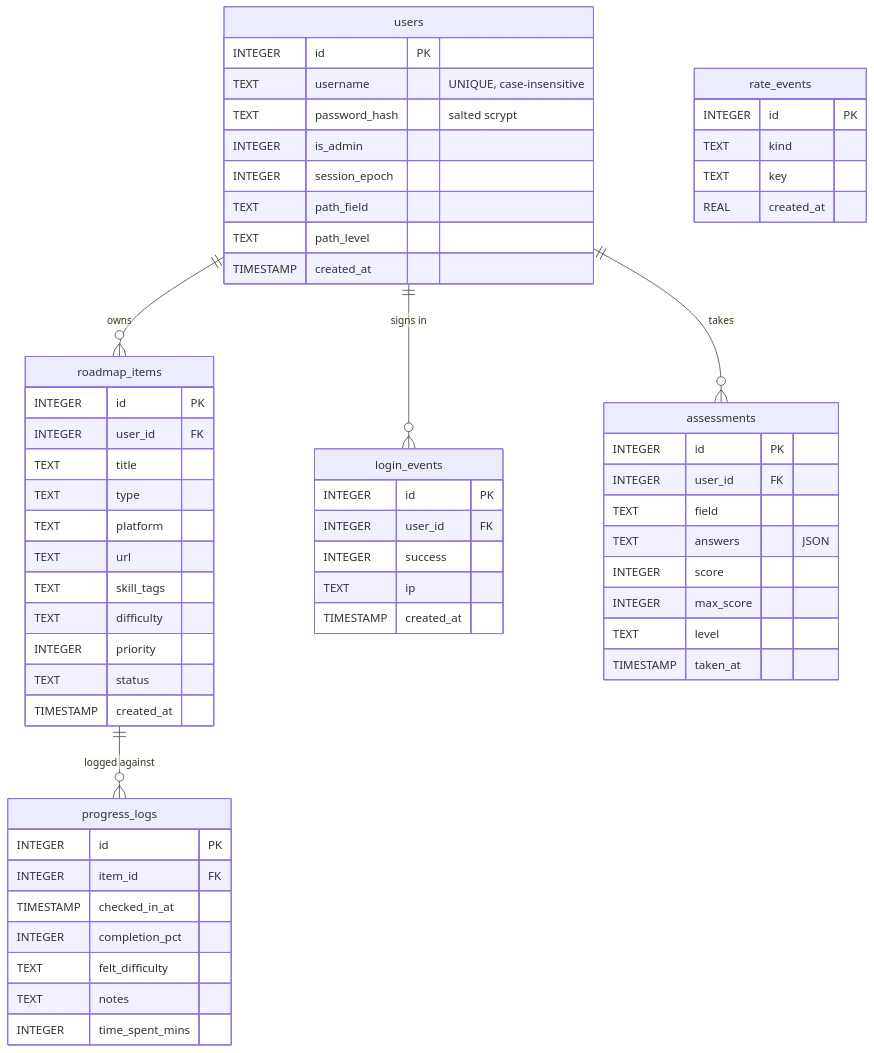
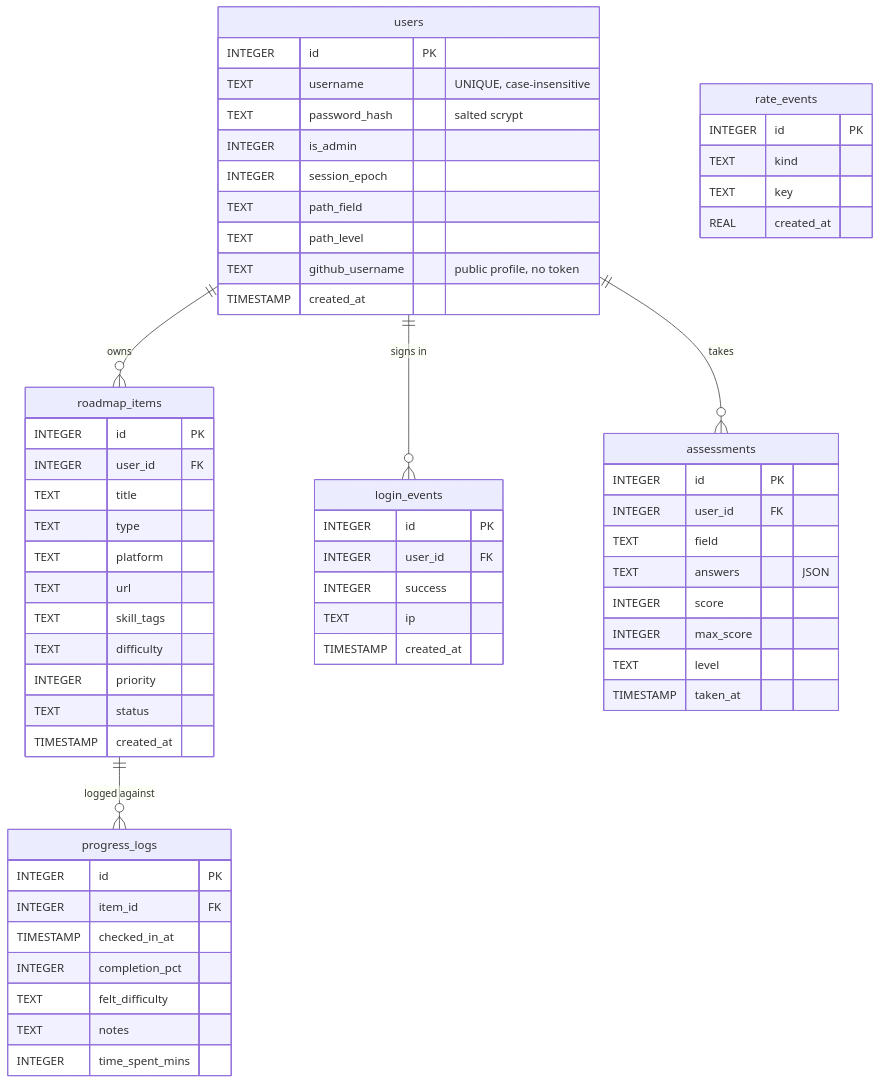
Before and after one commit to G-Lifshitz/cybersec-roadmap: the diagram in README.md, drawn with Mermaid. The commit also changed other lines of this file and 1 other file, not shown here.

````diff
--- a/README.md
+++ b/README.md
@@ -102,63 +104,64 @@
 ```mermaid
 erDiagram
     users ||--o{ roadmap_items : owns
     users ||--o{ login_events : "signs in"
     users ||--o{ assessments : takes
     roadmap_items ||--o{ progress_logs : "logged against"
 
     users {
         INTEGER id PK
         TEXT username "UNIQUE, case-insensitive"
         TEXT password_hash "salted scrypt"
         INTEGER is_admin
         INTEGER session_epoch
         TEXT path_field
         TEXT path_level
+        TEXT github_username "public profile, no token"
         TIMESTAMP created_at
     }
     roadmap_items {
         INTEGER id PK
         INTEGER user_id FK
         TEXT title
         TEXT type
         TEXT platform
         TEXT url
         TEXT skill_tags
         TEXT difficulty
         INTEGER priority
         TEXT status
         TIMESTAMP created_at
     }
     progress_logs {
         INTEGER id PK
         INTEGER item_id FK
         TIMESTAMP checked_in_at
         INTEGER completion_pct
         TEXT felt_difficulty
         TEXT notes
         INTEGER time_spent_mins
     }
     login_events {
         INTEGER id PK
         INTEGER user_id FK
         INTEGER success
         TEXT ip
         TIMESTAMP created_at
     }
     assessments {
         INTEGER id PK
         INTEGER user_id FK
         TEXT field
         TEXT answers "JSON"
         INTEGER score
         INTEGER max_score
         TEXT level
         TIMESTAMP taken_at
     }
     rate_events {
         INTEGER id PK
         TEXT kind
         TEXT key
         REAL created_at
     }
 ```
````
